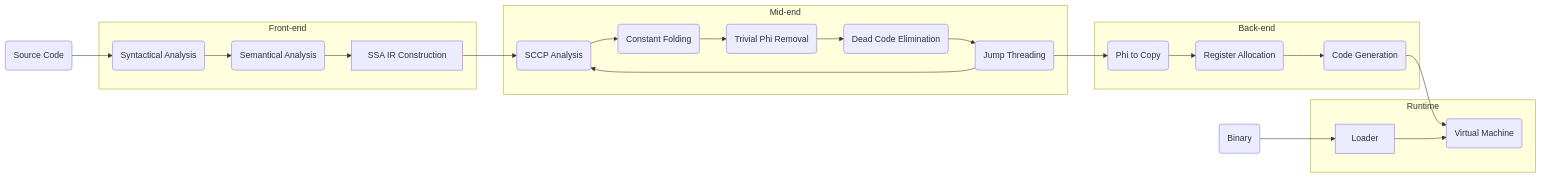
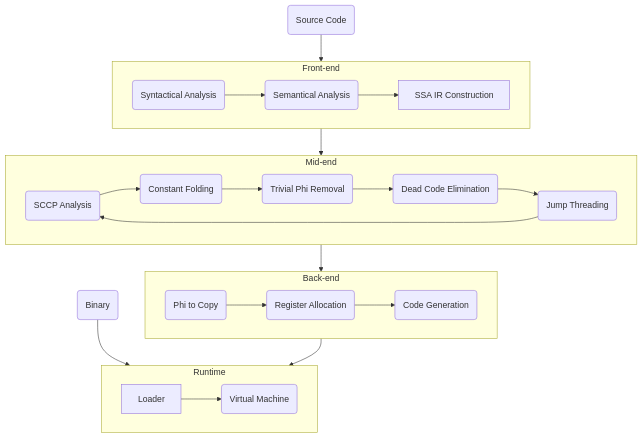
Before and after one commit to felys-lang/felys: the diagram in README.md, drawn with Mermaid.

````diff
--- a/README.md
+++ b/README.md
@@ -24,34 +24,38 @@
 ```mermaid
-flowchart LR
+flowchart TD
     Src(Source Code) --> Parser
 
     subgraph FrontEnd [Front-end]
+        direction LR
         Parser(Syntactical Analysis) --> Sem(Semantical Analysis)
         Sem --> IR[SSA IR Construction]
     end
 
     IR --> SCCP
 
     subgraph MidEnd [Mid-end]
+        direction LR
         SCCP(SCCP Analysis) --> CF(Constant Folding)
         CF --> Phi(Trivial Phi Removal)
         Phi --> DCE(Dead Code Elimination)
         DCE --> JT(Jump Threading)
         JT --> SCCP
     end
 
     JT --> P2C
 
     subgraph BackEnd [Back-end]
+        direction LR
         P2C(Phi to Copy) --> Reg(Register Allocation)
         Reg --> Codegen(Code Generation)
     end
 
     Codegen --> VM
     Bin(Binary) --> Loader
 
     subgraph RT [Runtime]
+        direction LR
         Loader --> VM
         VM(Virtual Machine)
     end
 ```
````
